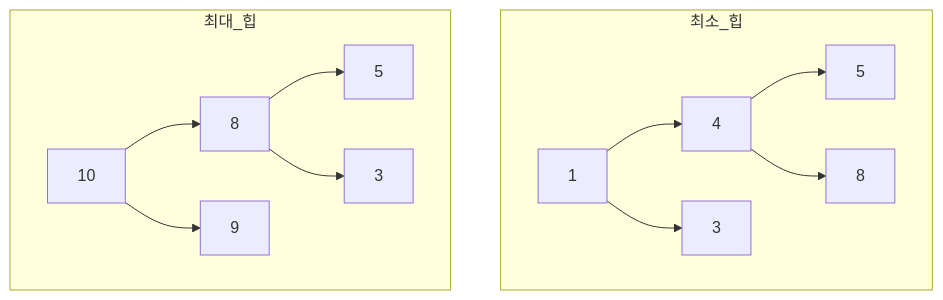
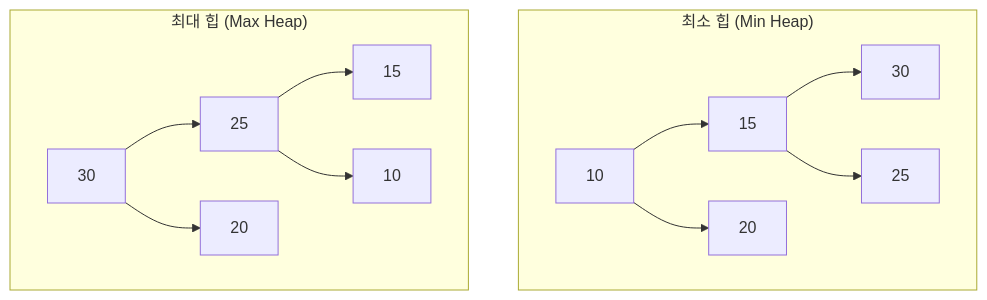
One commit to hanaoverride/data-scientist-cookbook-for-korean changed the diagram in Chapter I. 기반지식 학습/3. 파이썬 활용/3. 자료구조/4. 우선순위 큐와 힙.md. Above: the diagram before and after it, drawn with Mermaid. The commit also changed other lines of this file and 132 other files, not shown here.

````diff
--- a/Chapter I. 기반지식 학습/3. 파이썬 활용/3. 자료구조/4. 우선순위 큐와 힙.md
+++ b/Chapter I. 기반지식 학습/3. 파이썬 활용/3. 자료구조/4. 우선순위 큐와 힙.md
@@ -65,16 +43,16 @@
 ```mermaid
 graph TD
-    subgraph 최소_힙
-    A1[1] --> B1[4]
-    A1 --> C1[3]
-    B1 --> D1[5]
-    B1 --> E1[8]
+    subgraph "최소 힙 (Min Heap)"
+        A1[10] --> B1[15]
+        A1 --> C1[20]
+        B1 --> D1[30]
+        B1 --> E1[25]
     end
     
-    subgraph 최대_힙
-    A2[10] --> B2[8]
-    A2 --> C2[9]
-    B2 --> D2[5]
-    B2 --> E2[3]
+    subgraph "최대 힙 (Max Heap)"
+        A2[30] --> B2[25]
+        A2 --> C2[20]
+        B2 --> D2[15]
+        B2 --> E2[10]
     end
 ```
````
